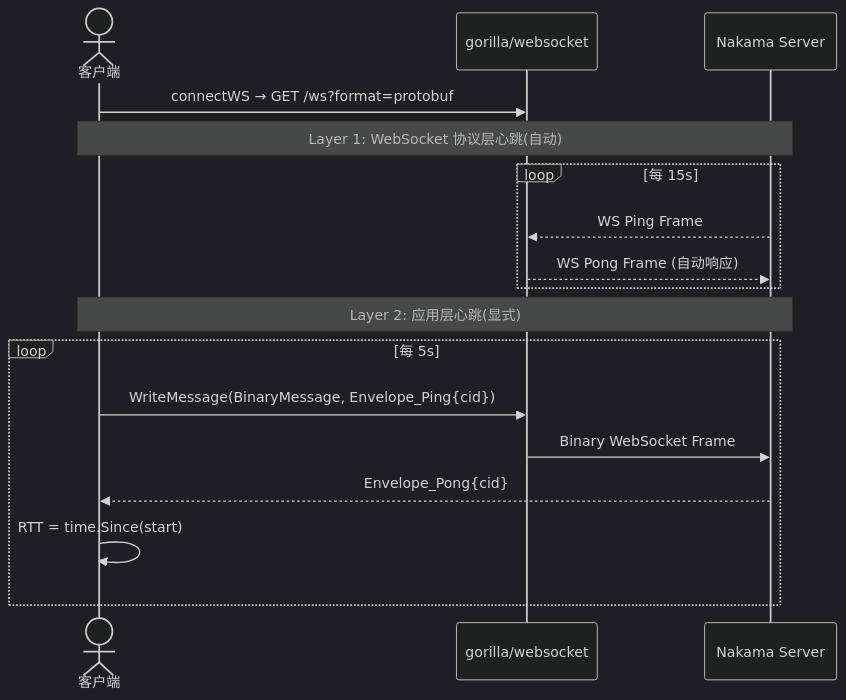
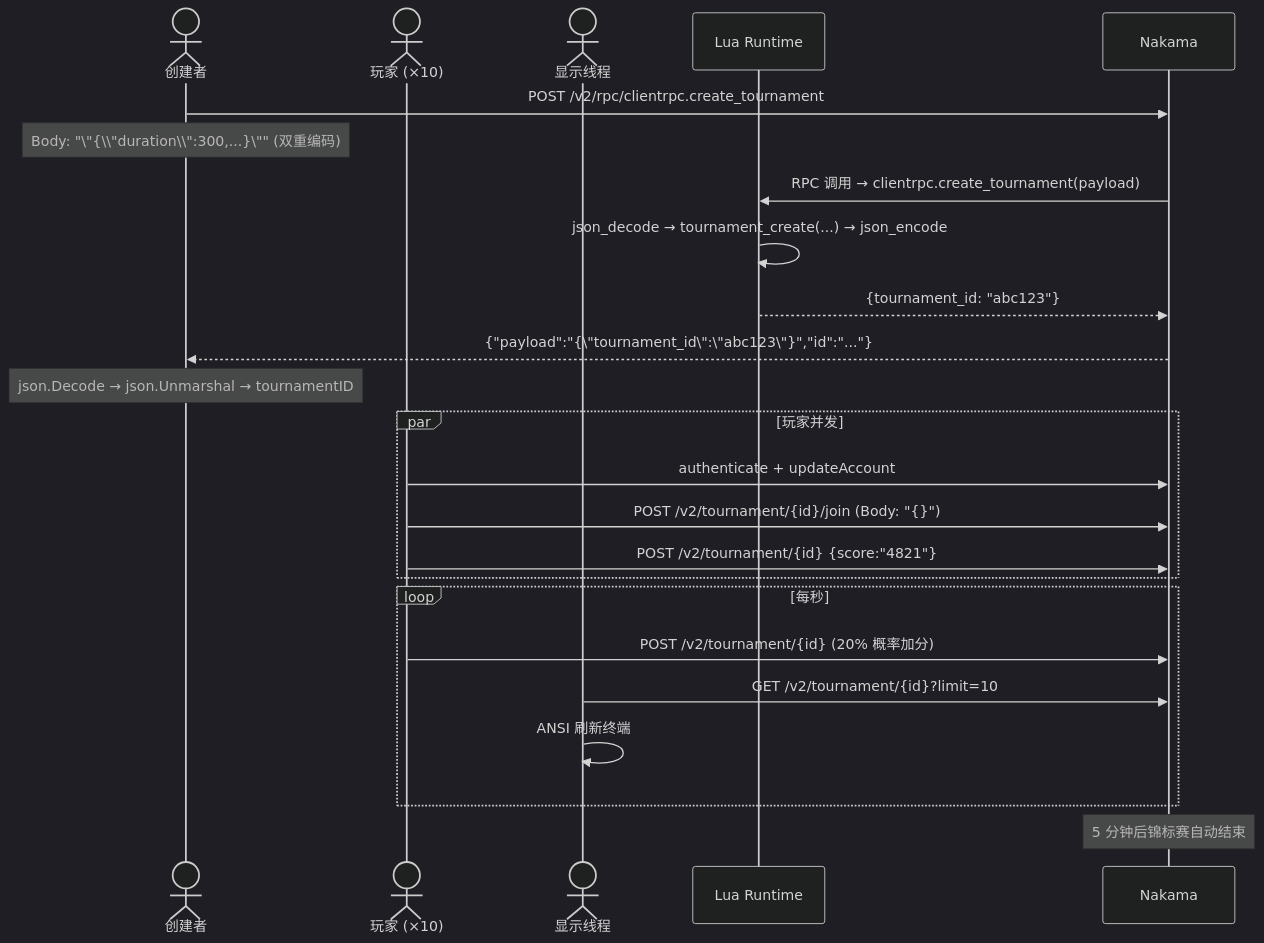
The fourth of 5 diagrams in docs/examples.md (kindywu/nakama), drawn with Mermaid (dark theme) before and after one commit. The commit also changed other lines of this file, not shown here.

````diff
--- a/docs/examples.md
+++ b/docs/examples.md
@@ -484,22 +883,30 @@
 ```mermaid
 sequenceDiagram
-    actor Client as 客户端
-    participant WS as gorilla/websocket
-    participant Server as Nakama Server
+    actor Creator as 创建者
+    actor P as 玩家 (×10)
+    actor Display as 显示线程
+    participant Lua as Lua Runtime
+    participant Nakama
 
-    Client->>WS: connectWS → GET /ws?format=protobuf
+    Creator->>Nakama: POST /v2/rpc/clientrpc.create_tournament
+    Note over Creator: Body: "\"{\\"duration\\":300,...}\"" (双重编码)
+    Nakama->>Lua: RPC 调用 → clientrpc.create_tournament(payload)
+    Lua->>Lua: json_decode → tournament_create(...) → json_encode
+    Lua-->>Nakama: {tournament_id: "abc123"}
+    Nakama-->>Creator: {"payload":"{\"tournament_id\":\"abc123\"}","id":"..."}
+    Note over Creator: json.Decode → json.Unmarshal → tournamentID
 
-    Note over Client,Server: Layer 1: WebSocket 协议层心跳(自动)
-    loop 每 15s
-        Server-->>WS: WS Ping Frame
-        WS-->>Server: WS Pong Frame (自动响应)
+    par 玩家并发
+        P->>Nakama: authenticate + updateAccount
+        P->>Nakama: POST /v2/tournament/{id}/join (Body: "{}")
+        P->>Nakama: POST /v2/tournament/{id} {score:"4821"}
     end
 
-    Note over Client,Server: Layer 2: 应用层心跳(显式)
-    loop 每 5s
-        Client->>WS: WriteMessage(BinaryMessage, Envelope_Ping{cid})
-        WS->>Server: Binary WebSocket Frame
-        Server-->>Client: Envelope_Pong{cid}
-        Client->>Client: RTT = time.Since(start)
+    loop 每秒
+        P->>Nakama: POST /v2/tournament/{id} (20% 概率加分)
+        Display->>Nakama: GET /v2/tournament/{id}?limit=10
+        Display->>Display: ANSI 刷新终端
     end
+
+    Note over Nakama: 5 分钟后锦标赛自动结束
 ```
````
